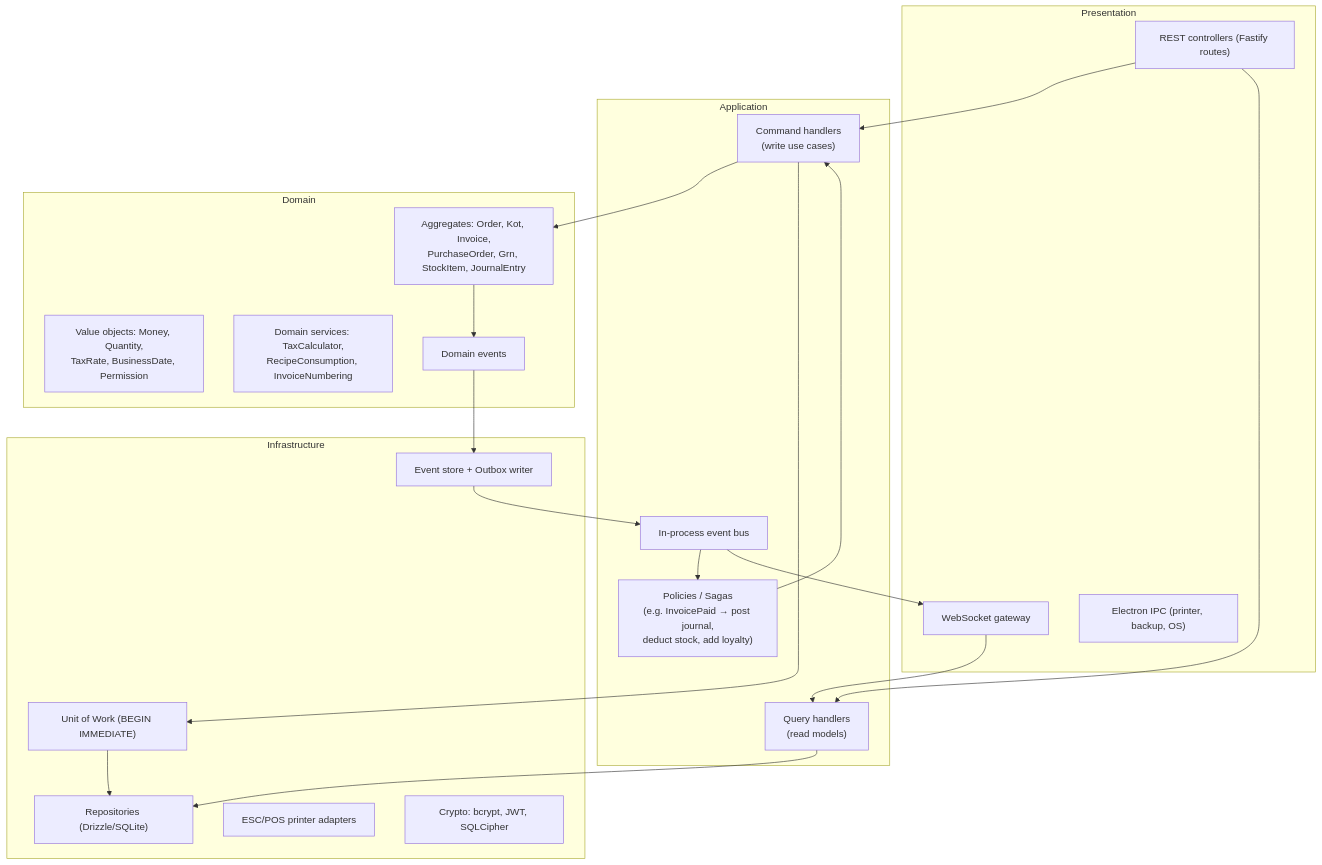
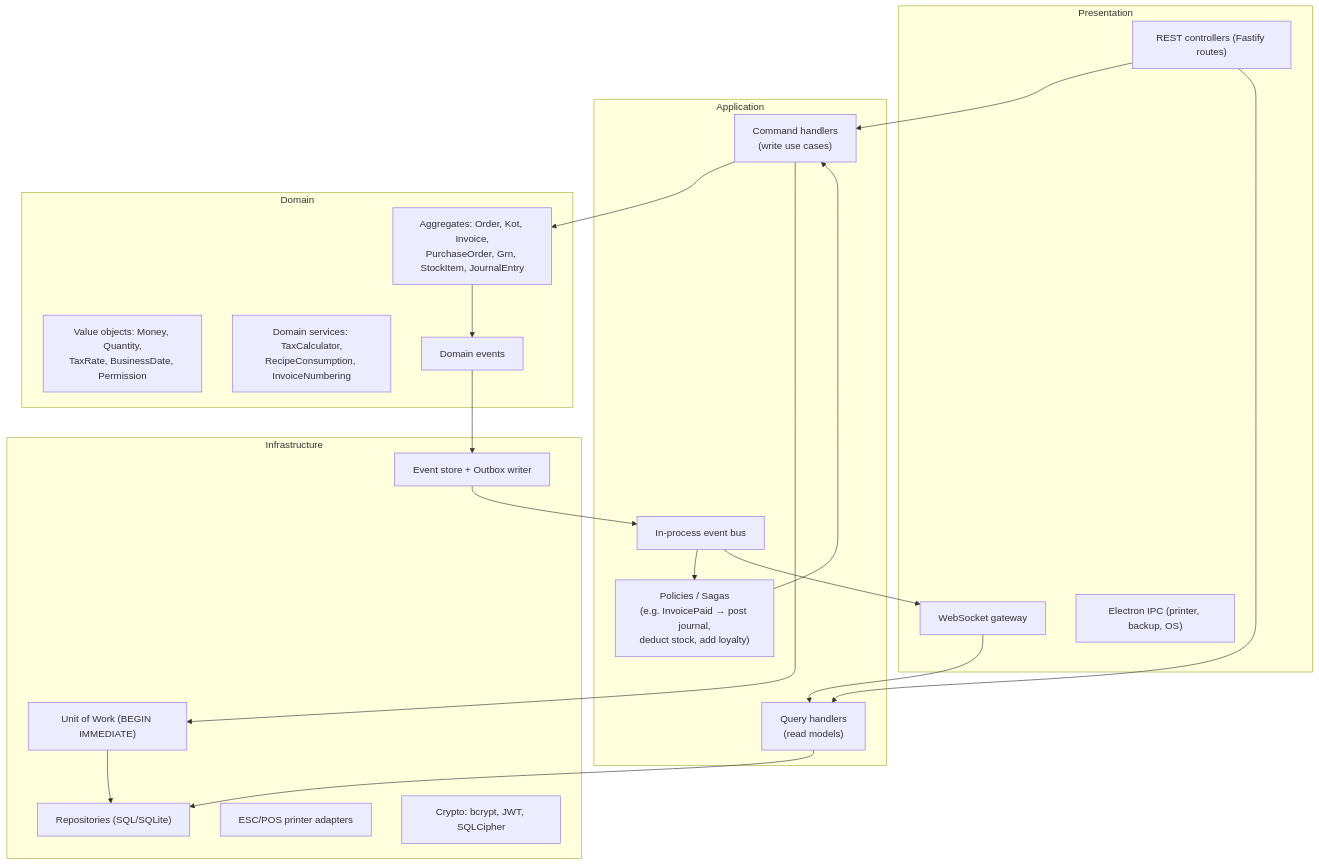
Before and after one commit to mehabubrahaman-svg/restaurant-billing: the second of 2 diagrams in docs/01-architecture.md, drawn with Mermaid. The commit also changed other lines of this file and 81 other files, not shown here.

````diff
--- a/docs/01-architecture.md
+++ b/docs/01-architecture.md
@@ -90,35 +90,35 @@
 ```mermaid
 flowchart TB
   subgraph Presentation
     R["REST controllers (Fastify routes)"]
     W["WebSocket gateway"]
     E["Electron IPC (printer, backup, OS)"]
   end
   subgraph Application
     C["Command handlers<br/>(write use cases)"]
     Q["Query handlers<br/>(read models)"]
     B["In-process event bus"]
     P["Policies / Sagas<br/>(e.g. InvoicePaid → post journal,<br/>deduct stock, add loyalty)"]
   end
   subgraph Domain
     AG["Aggregates: Order, Kot, Invoice,<br/>PurchaseOrder, Grn, StockItem, JournalEntry"]
     VO["Value objects: Money, Quantity,<br/>TaxRate, BusinessDate, Permission"]
     DS["Domain services: TaxCalculator,<br/>RecipeConsumption, InvoiceNumbering"]
     EV["Domain events"]
   end
   subgraph Infrastructure
-    REPO["Repositories (Drizzle/SQLite)"]
+    REPO["Repositories (SQL/SQLite)"]
     UOW["Unit of Work (BEGIN IMMEDIATE)"]
     OUT["Event store + Outbox writer"]
     PRN["ESC/POS printer adapters"]
     CRY["Crypto: bcrypt, JWT, SQLCipher"]
   end
   R --> C & Q
   W --> Q
   C --> AG
   C --> UOW --> REPO
   AG --> EV --> OUT
   OUT --> B --> P --> C
   B --> W
   Q --> REPO
 ```
````
